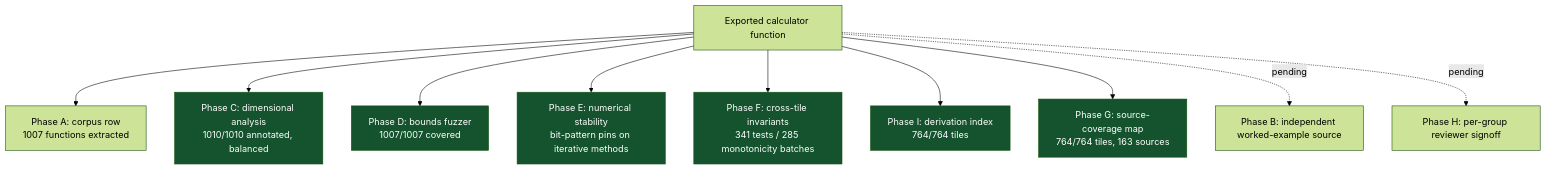
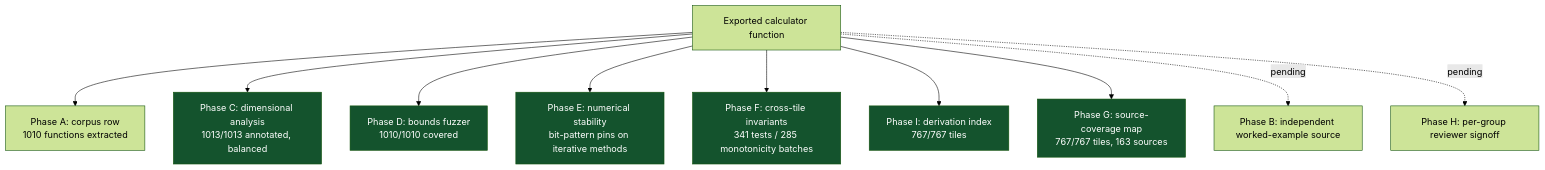
One commit to clay-good/roughlogic.com changed the sixth of 8 diagrams in README.md. Above: the diagram before and after it, drawn with Mermaid (forest theme). The commit also changed other lines of this file and 18 other files, not shown here.

````diff
--- a/README.md
+++ b/README.md
@@ -519,18 +519,18 @@
 ```mermaid
 flowchart TB
-    F[Exported calculator function] --> A[Phase A: corpus row\n1007 functions extracted]
-    F --> C[Phase C: dimensional analysis\n1010/1010 annotated, balanced]
-    F --> D[Phase D: bounds fuzzer\n1007/1007 covered]
+    F[Exported calculator function] --> A[Phase A: corpus row\n1010 functions extracted]
+    F --> C[Phase C: dimensional analysis\n1013/1013 annotated, balanced]
+    F --> D[Phase D: bounds fuzzer\n1010/1010 covered]
     F --> E[Phase E: numerical stability\nbit-pattern pins on iterative methods]
     F --> Fa[Phase F: cross-tile invariants\n341 tests / 285 monotonicity batches]
-    F --> I[Phase I: derivation index\n764/764 tiles]
-    F --> G[Phase G: source-coverage map\n764/764 tiles, 163 sources]
+    F --> I[Phase I: derivation index\n767/767 tiles]
+    F --> G[Phase G: source-coverage map\n767/767 tiles, 163 sources]
     F -.pending.-> B[Phase B: independent worked-example source]
     F -.pending.-> H[Phase H: per-group reviewer signoff]
     style C fill:#14532d,color:#fff
     style D fill:#14532d,color:#fff
     style E fill:#14532d,color:#fff
     style Fa fill:#14532d,color:#fff
     style G fill:#14532d,color:#fff
     style I fill:#14532d,color:#fff
 ```
````
